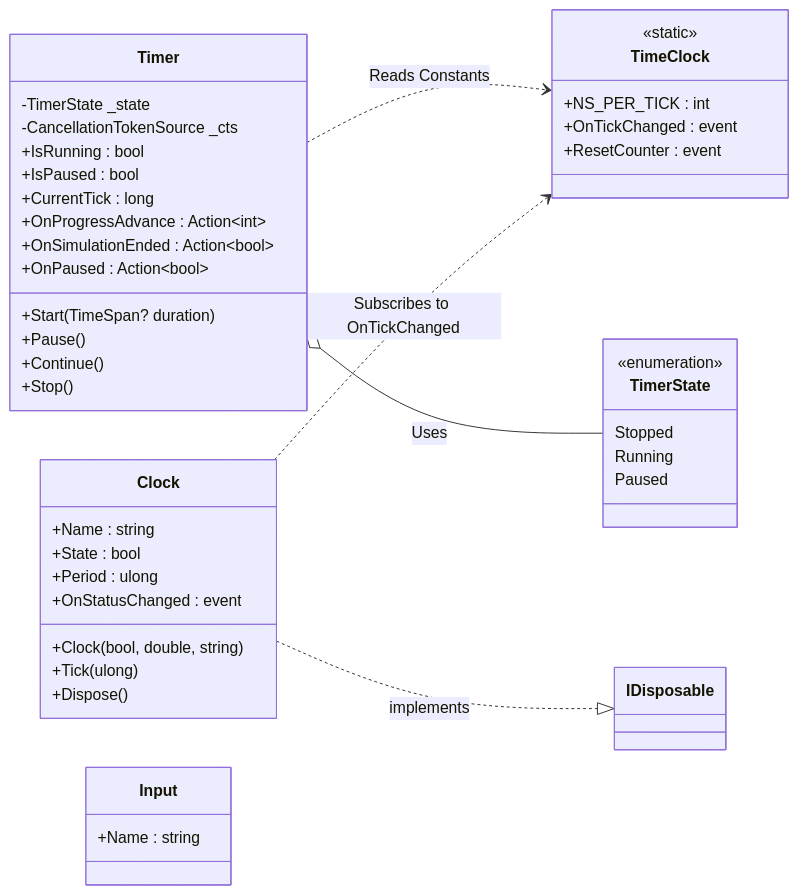
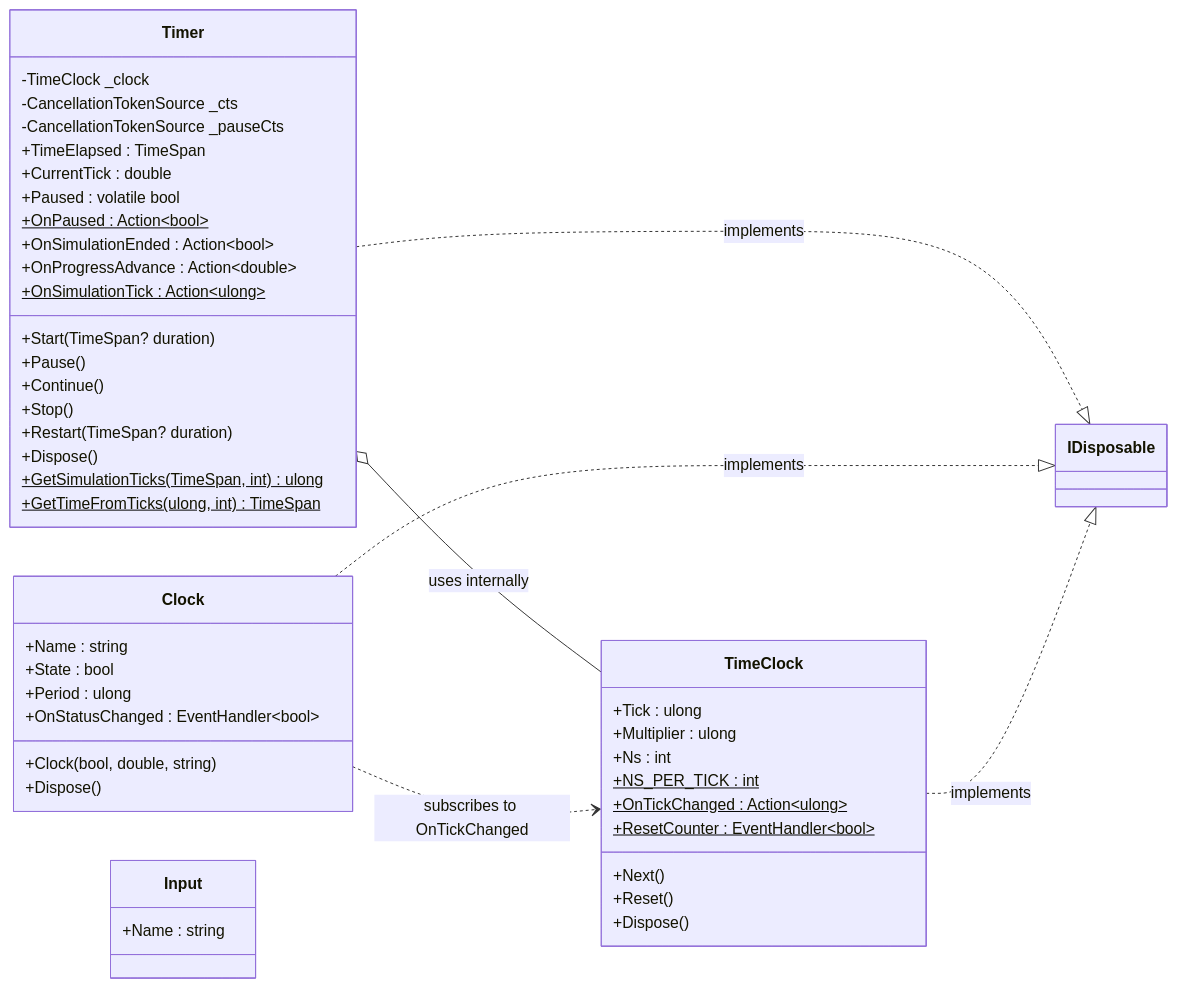
One commit to Kmila9s/TimeMachine changed the second of 4 diagrams in README.md. Above: the diagram before and after it, drawn with Mermaid. The commit also changed other lines of this file and 5 other files, not shown here.

Commit message:
Improving clock ticks and test cases

````diff
--- a/README.md
+++ b/README.md
@@ -127,52 +131,56 @@
 ```mermaid
 classDiagram
     direction LR
 
     class Timer {
-        -TimerState _state
+        -TimeClock _clock
         -CancellationTokenSource _cts
-        +IsRunning : bool
-        +IsPaused : bool
-        +CurrentTick : long
-        +OnProgressAdvance : Action~int~
+        -CancellationTokenSource _pauseCts
+        +TimeElapsed : TimeSpan
+        +CurrentTick : double
+        +Paused : volatile bool
+        +OnPaused : Action~bool~$
         +OnSimulationEnded : Action~bool~
-        +OnPaused : Action~bool~
+        +OnProgressAdvance : Action~double~
+        +OnSimulationTick : Action~ulong~$
         +Start(TimeSpan? duration)
         +Pause()
         +Continue()
         +Stop()
+        +Restart(TimeSpan? duration)
+        +Dispose()
+        +GetSimulationTicks(TimeSpan, int)$ ulong
+        +GetTimeFromTicks(ulong, int)$ TimeSpan
     }
 
     class TimeClock {
-        <<static>>
-        +NS_PER_TICK : int
-        +OnTickChanged : event
-        +ResetCounter : event
+        +Tick : ulong
+        +Multiplier : ulong
+        +Ns : int
+        +NS_PER_TICK : int$
+        +OnTickChanged : Action~ulong~$
+        +ResetCounter : EventHandler~bool~$
+        +Next()
+        +Reset()
+        +Dispose()
     }
 
     class Clock {
         +Name : string
         +State : bool
         +Period : ulong
-        +OnStatusChanged : event
+        +OnStatusChanged : EventHandler~bool~
         +Clock(bool, double, string)
-        +Tick(ulong)
         +Dispose()
     }
 
     class Input {
         +Name : string
     }
 
-    class TimerState {
-        <<enumeration>>
-        Stopped
-        Running
-        Paused
-    }
-
-    Timer ..> TimeClock : Reads Constants
-    Timer o-- TimerState : Uses
-    Clock ..> TimeClock : Subscribes to OnTickChanged
+    Timer o-- TimeClock : uses internally
+    Clock ..> TimeClock : subscribes to OnTickChanged
+    Timer ..|> IDisposable : implements
     Clock ..|> IDisposable : implements
+    TimeClock ..|> IDisposable : implements
 ```
````
